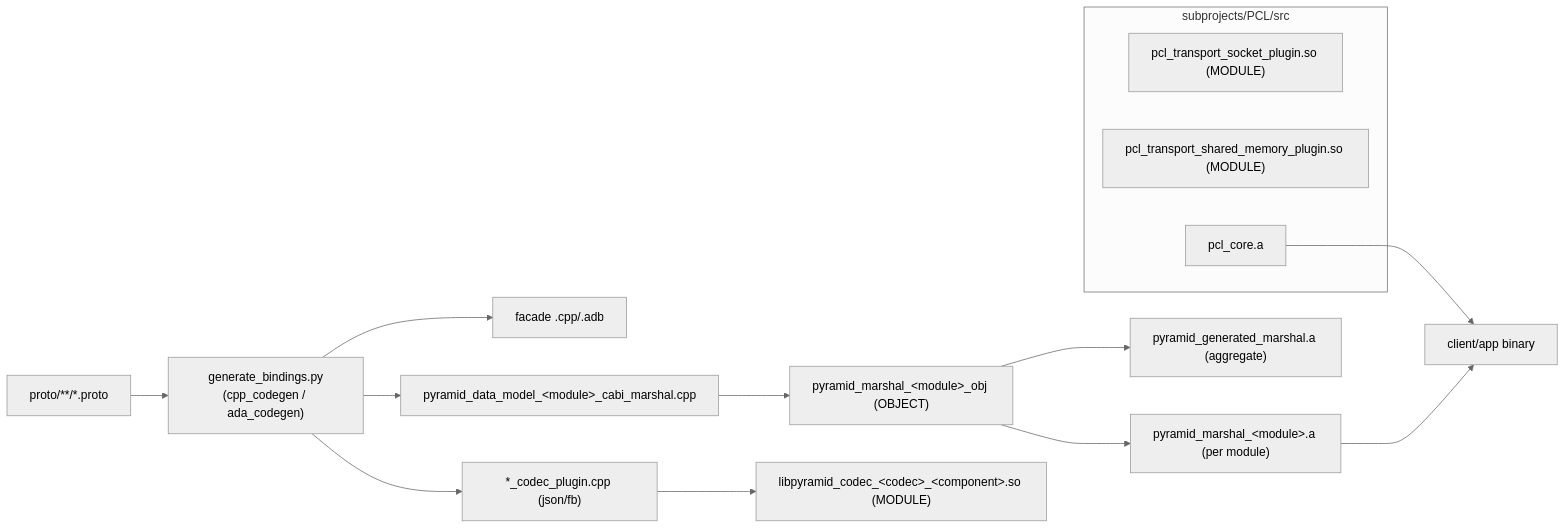
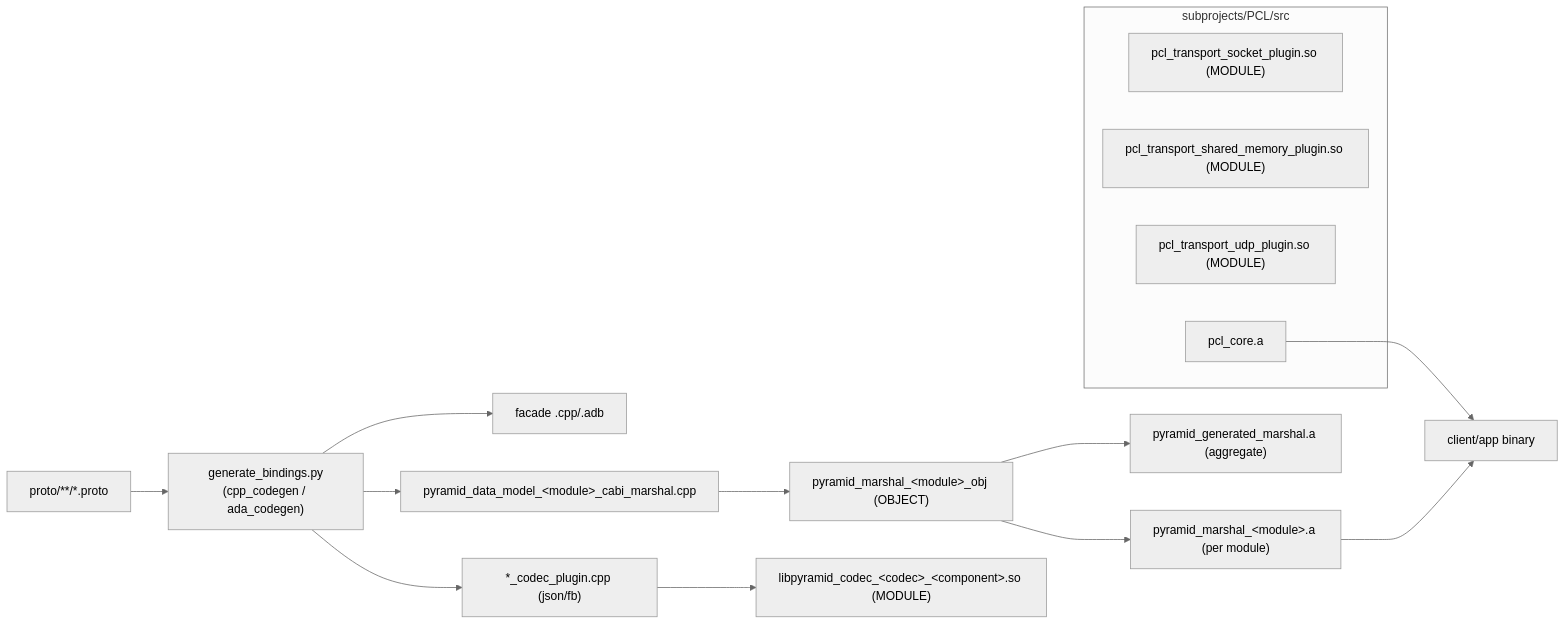
One commit to Ackoogin/mujin changed the third of 4 diagrams in subprojects/PYRAMID/doc/architecture/transport_codec_plugin_system.md. Above: the diagram before and after it, drawn with Mermaid (neutral theme). The commit also changed other lines of this file and 4 other files, not shown here.

````diff
--- a/subprojects/PYRAMID/doc/architecture/transport_codec_plugin_system.md
+++ b/subprojects/PYRAMID/doc/architecture/transport_codec_plugin_system.md
@@ -96,22 +111,23 @@
 ```mermaid
 flowchart LR
   Proto["proto/**/*.proto"] --> Gen["generate_bindings.py<br/>(cpp_codegen / ada_codegen)"]
   Gen --> Facade["facade .cpp/.adb"]
   Gen --> MarshalSrc["pyramid_data_model_&lt;module&gt;_cabi_marshal.cpp"]
   Gen --> CodecSrc["*_codec_plugin.cpp (json/fb)"]
 
   MarshalSrc --> MObj["pyramid_marshal_&lt;module&gt;_obj (OBJECT)"]
   MObj --> MLib["pyramid_marshal_&lt;module&gt;.a (per module)"]
   MObj --> Agg["pyramid_generated_marshal.a (aggregate)"]
 
   CodecSrc --> CodecMod["libpyramid_codec_&lt;codec&gt;_&lt;component&gt;.so (MODULE)"]
 
   subgraph PCL["subprojects/PCL/src"]
     Sock["pcl_transport_socket_plugin.so (MODULE)"]
     Shm["pcl_transport_shared_memory_plugin.so (MODULE)"]
+    Udp["pcl_transport_udp_plugin.so (MODULE)"]
     Core["pcl_core.a"]
   end
 
   Core --> ClientBin["client/app binary"]
   MLib --> ClientBin
 ```
````
